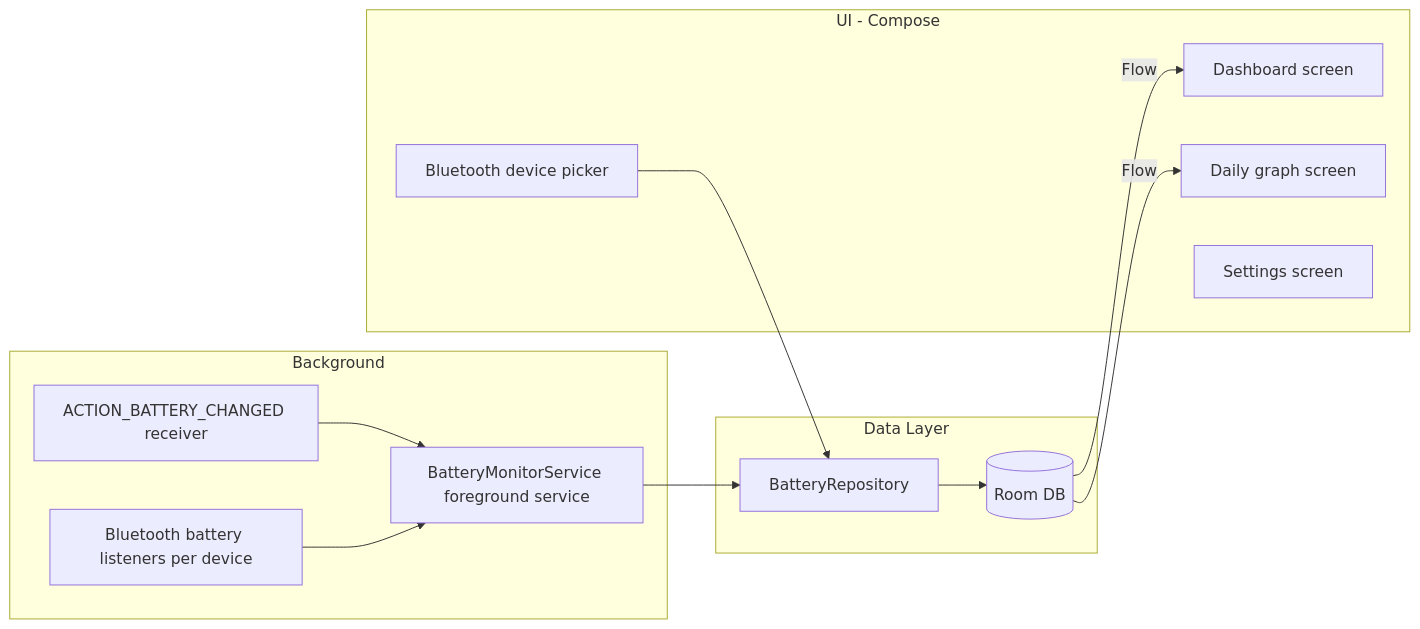
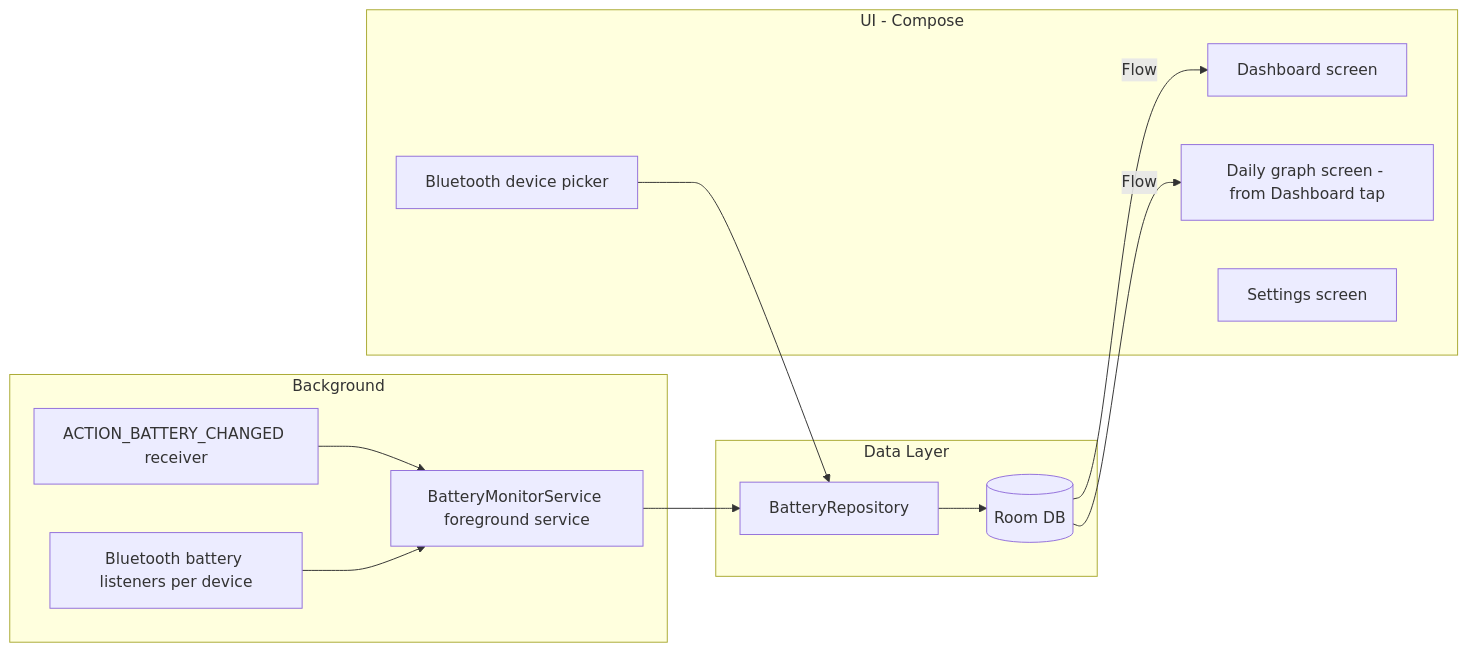
Before and after one commit to r3loop3r89/BatteryMax: the diagram in docs/PLAN.md, drawn with Mermaid. The commit also changed other lines of this file and 6 other files, not shown here.

First line of the commit message:
Improve notification and graph navigation UX

````diff
--- a/docs/PLAN.md
+++ b/docs/PLAN.md
@@ -9,25 +9,25 @@
 ```mermaid
 flowchart LR
     subgraph bg [Background]
         Service[BatteryMonitorService foreground service]
         BatteryRx[ACTION_BATTERY_CHANGED receiver]
         BtRx[Bluetooth battery listeners per device]
     end
     subgraph data [Data Layer]
         Repo[BatteryRepository]
         Room[(Room DB)]
     end
     subgraph ui [UI - Compose]
         Dashboard[Dashboard screen]
-        Graph[Daily graph screen]
+        Graph[Daily graph screen - from Dashboard tap]
         Devices[Bluetooth device picker]
         Settings[Settings screen]
     end
     BatteryRx --> Service
     BtRx --> Service
     Service --> Repo
     Repo --> Room
     Room -->|Flow| Dashboard
     Room -->|Flow| Graph
     Devices --> Repo
 ```
````
